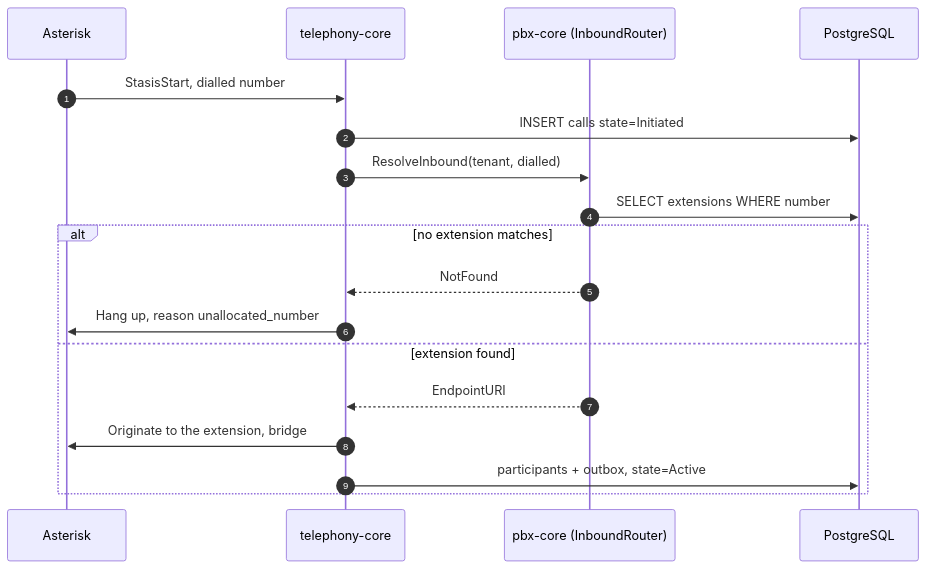
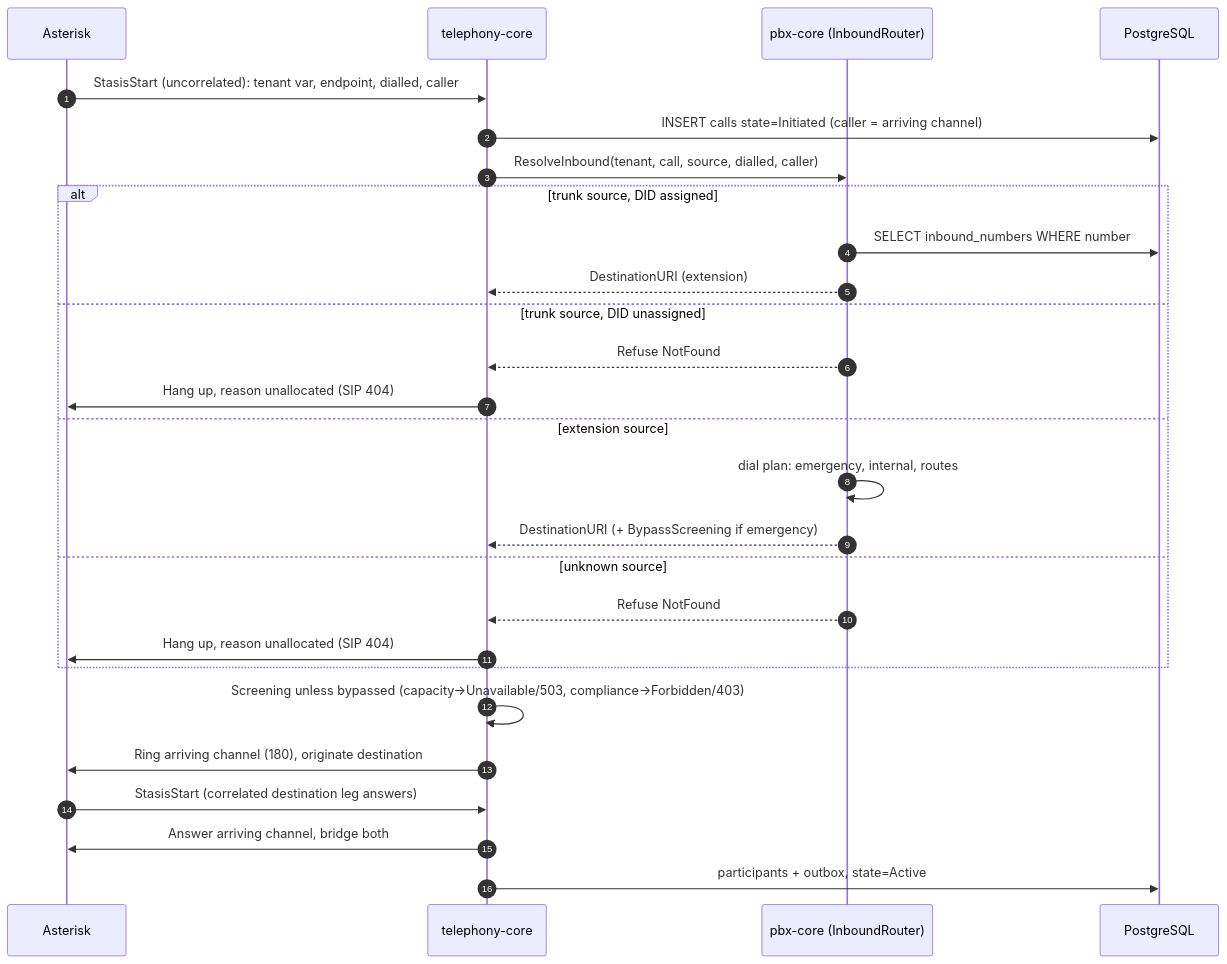
Before and after one commit to Mbaapoh/atsap: the first of 2 diagrams in docs/lld/LLD-03-pbx-core.md, drawn with Mermaid. The commit also changed other lines of this file and 1 other file, not shown here.

First line of the commit message:
pbx-inbound-and-emergency: amend LLD-03 for widened ResolveInbound (task 1.4)

````diff
--- a/docs/lld/LLD-03-pbx-core.md
+++ b/docs/lld/LLD-03-pbx-core.md
@@ -614,21 +651,30 @@
 ```mermaid
 sequenceDiagram
     autonumber
     participant AST as Asterisk
     participant TC as telephony-core
     participant PBX as pbx-core (InboundRouter)
     participant DB as PostgreSQL
 
-    AST->>TC: StasisStart, dialled number
-    TC->>DB: INSERT calls state=Initiated
-    TC->>PBX: ResolveInbound(tenant, dialled)
-    PBX->>DB: SELECT extensions WHERE number
-    alt no extension matches
-        PBX-->>TC: NotFound
-        TC->>AST: Hang up, reason unallocated_number
-    else extension found
-        PBX-->>TC: EndpointURI
-        TC->>AST: Originate to the extension, bridge
-        TC->>DB: participants + outbox, state=Active
+    AST->>TC: StasisStart (uncorrelated): tenant var, endpoint, dialled, caller
+    TC->>DB: INSERT calls state=Initiated (caller = arriving channel)
+    TC->>PBX: ResolveInbound(tenant, call, source, dialled, caller)
+    alt trunk source, DID assigned
+        PBX->>DB: SELECT inbound_numbers WHERE number
+        PBX-->>TC: DestinationURI (extension)
+    else trunk source, DID unassigned
+        PBX-->>TC: Refuse NotFound
+        TC->>AST: Hang up, reason unallocated (SIP 404)
+    else extension source
+        PBX->>PBX: dial plan: emergency, internal, routes
+        PBX-->>TC: DestinationURI (+ BypassScreening if emergency)
+    else unknown source
+        PBX-->>TC: Refuse NotFound
+        TC->>AST: Hang up, reason unallocated (SIP 404)
     end
+    TC->>TC: Screening unless bypassed (capacity→Unavailable/503, compliance→Forbidden/403)
+    TC->>AST: Ring arriving channel (180), originate destination
+    AST->>TC: StasisStart (correlated destination leg answers)
+    TC->>AST: Answer arriving channel, bridge both
+    TC->>DB: participants + outbox, state=Active
 ```
````
